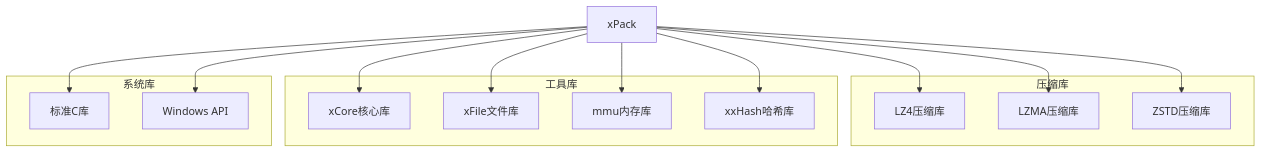
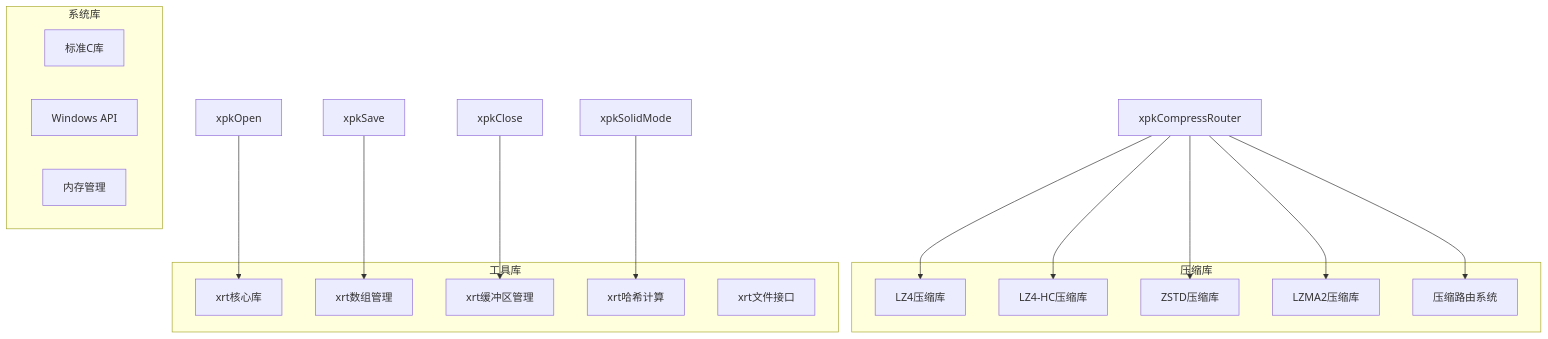
Before and after one commit to xywhsoft/xpack: the seventh of 8 diagrams in .qoder/repowiki/zh/content/API参考手册/核心API函数.md, drawn with Mermaid. The commit also changed other lines of this file and 23 other files, not shown here.

````diff
--- a/.qoder/repowiki/zh/content/API参考手册/核心API函数.md
+++ b/.qoder/repowiki/zh/content/API参考手册/核心API函数.md
@@ -395,27 +669,31 @@
 ```mermaid
 graph TB
 subgraph "压缩库"
 A[LZ4压缩库]
-B[LZMA压缩库]
+B[LZ4-HC压缩库]
 C[ZSTD压缩库]
+D[LZMA2压缩库]
+E[压缩路由系统]
 end
 subgraph "工具库"
-D[xCore核心库]
-E[xFile文件库]
-F[mmu内存库]
-G[xxHash哈希库]
+F[xrt核心库]
+G[xrt数组管理]
+H[xrt缓冲区管理]
+I[xrt哈希计算]
+J[xrt文件接口]
 end
 subgraph "系统库"
-H[标准C库]
-I[Windows API]
+K[标准C库]
+L[Windows API]
+M[内存管理]
 end
-xPack --> A
-xPack --> B
-xPack --> C
-xPack --> D
-xPack --> E
-xPack --> F
-xPack --> G
-xPack --> H
-xPack --> I
+xpkOpen --> F
+xpkSave --> G
+xpkClose --> H
+xpkSolidMode --> I
+xpkCompressRouter --> A
+xpkCompressRouter --> B
+xpkCompressRouter --> C
+xpkCompressRouter --> D
+xpkCompressRouter --> E
 ```
````
